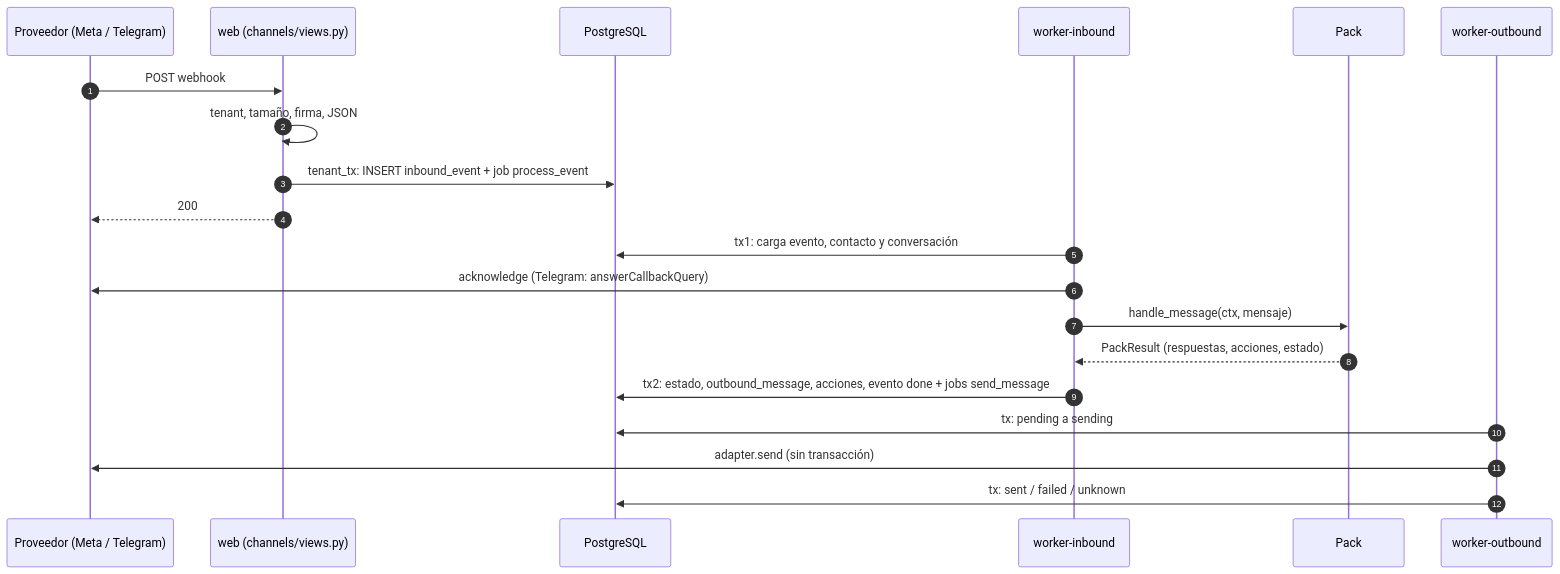
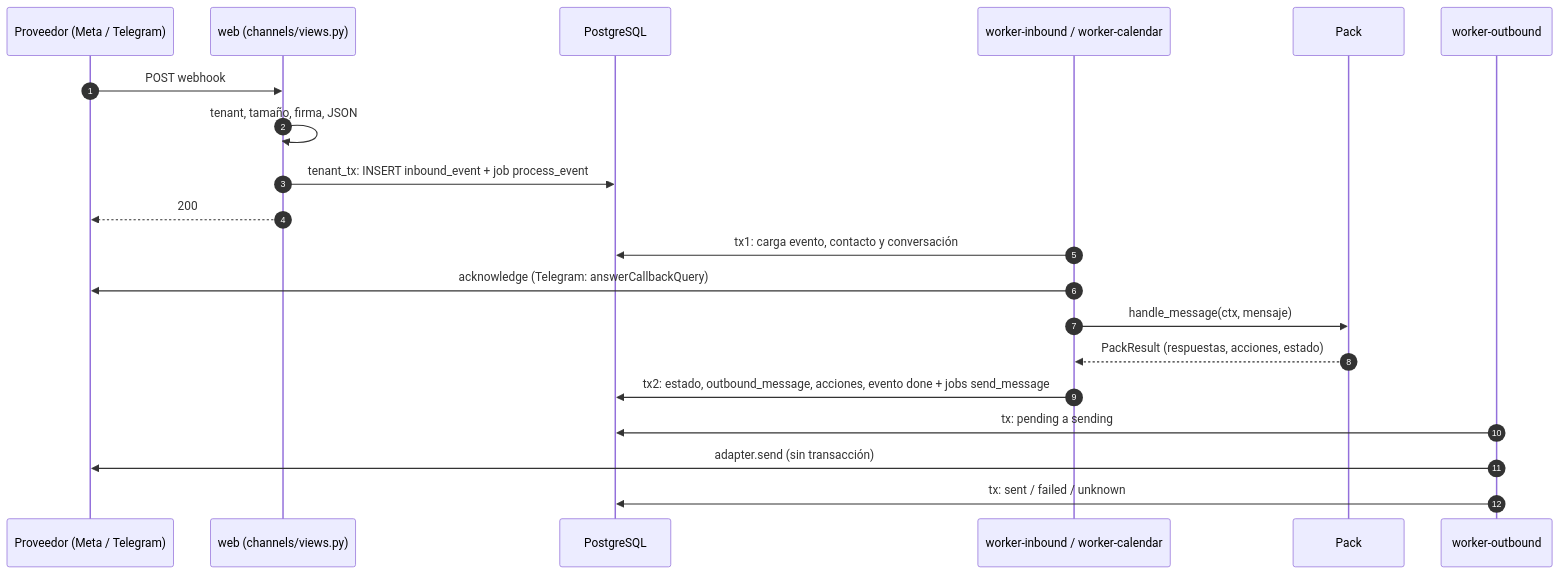
One commit to MarianodelRio/autobot changed the diagram in docs/arquitectura/vida-de-un-mensaje.md. Above: the diagram before and after it, drawn with Mermaid. The commit also changed other lines of this file and 183 other files, not shown here.

````diff
--- a/docs/arquitectura/vida-de-un-mensaje.md
+++ b/docs/arquitectura/vida-de-un-mensaje.md
@@ -9,23 +9,23 @@
 ```mermaid
 sequenceDiagram
     autonumber
     participant P as Proveedor (Meta / Telegram)
     participant W as web (channels/views.py)
     participant DB as PostgreSQL
-    participant WI as worker-inbound
+    participant WI as worker-inbound / worker-calendar
     participant K as Pack
     participant WO as worker-outbound
 
     P->>W: POST webhook
     W->>W: tenant, tamaño, firma, JSON
     W->>DB: tenant_tx: INSERT inbound_event + job process_event
     W-->>P: 200
     WI->>DB: tx1: carga evento, contacto y conversación
     WI->>P: acknowledge (Telegram: answerCallbackQuery)
     WI->>K: handle_message(ctx, mensaje)
     K-->>WI: PackResult (respuestas, acciones, estado)
     WI->>DB: tx2: estado, outbound_message, acciones, evento done + jobs send_message
     WO->>DB: tx: pending a sending
     WO->>P: adapter.send (sin transacción)
     WO->>DB: tx: sent / failed / unknown
 ```
````
